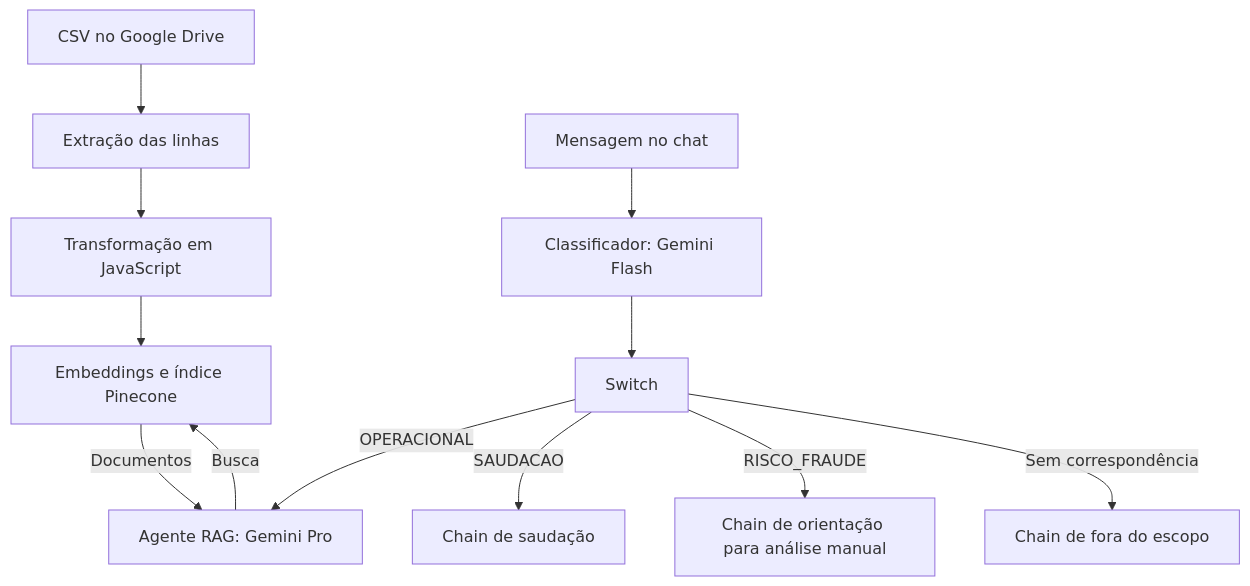
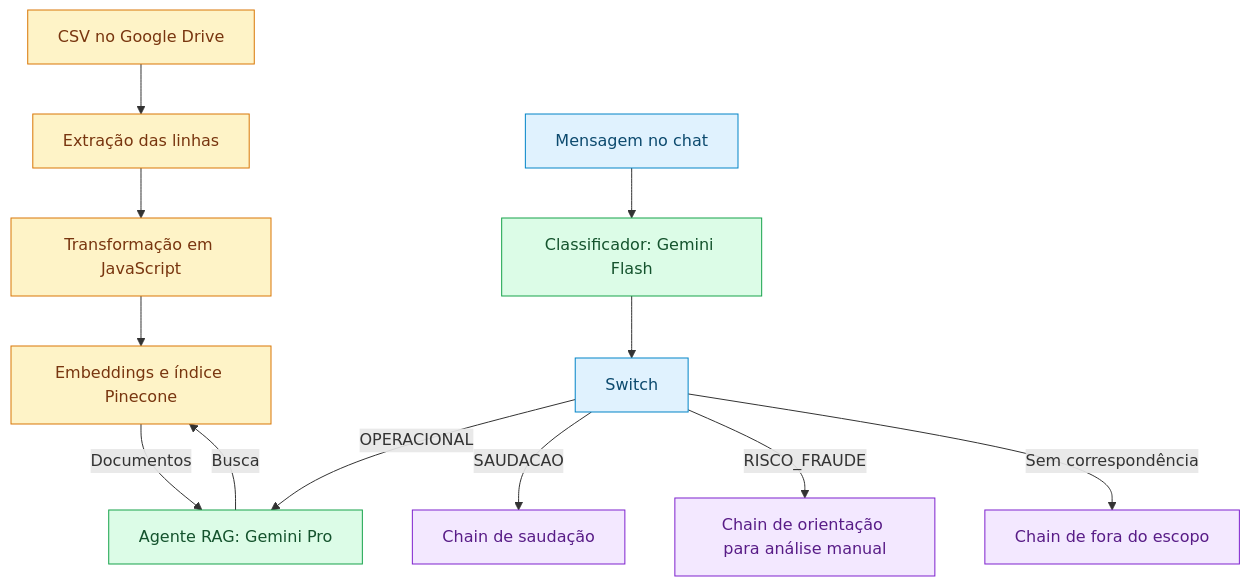
The diagram in README.md (ayanliger/ifood-poc-genai), drawn with Mermaid before and after one commit. The commit also changed other lines of this file, not shown here.

Commit message:
Reorganiza guia da POC iFood com diagrama

````diff
--- a/README.md
+++ b/README.md
@@ -15,15 +7,24 @@
 ```mermaid
 flowchart TD
     CSV["CSV no Google Drive"] --> Extracao["Extração das linhas"]
     Extracao --> Transformacao["Transformação em JavaScript"]
     Transformacao --> Vetores["Embeddings e índice Pinecone"]
 
     Mensagem["Mensagem no chat"] --> Classificador["Classificador: Gemini Flash"]
     Classificador --> Roteador["Switch"]
     Roteador -->|OPERACIONAL| RAG["Agente RAG: Gemini Pro"]
     Roteador -->|SAUDACAO| Saudacao["Chain de saudação"]
     Roteador -->|RISCO_FRAUDE| Fraude["Chain de orientação para análise manual"]
     Roteador -->|Sem correspondência| Fallback["Chain de fora do escopo"]
     RAG -->|Busca| Vetores
     Vetores -->|Documentos| RAG
+
+    classDef ingest fill:#fef3c7,stroke:#d97706,color:#78350f
+    classDef model fill:#dcfce7,stroke:#16a34a,color:#14532d
+    classDef route fill:#e0f2fe,stroke:#0284c7,color:#0c4a6e
+    classDef term fill:#f3e8ff,stroke:#7e22ce,color:#581c87
+    class CSV,Extracao,Transformacao,Vetores ingest
+    class Classificador,RAG model
+    class Mensagem,Roteador route
+    class Saudacao,Fraude,Fallback term
 ```
````
